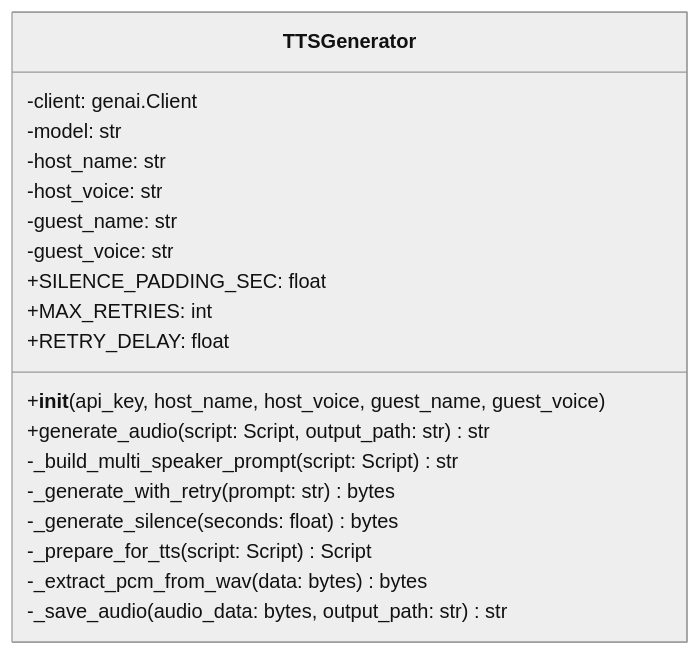
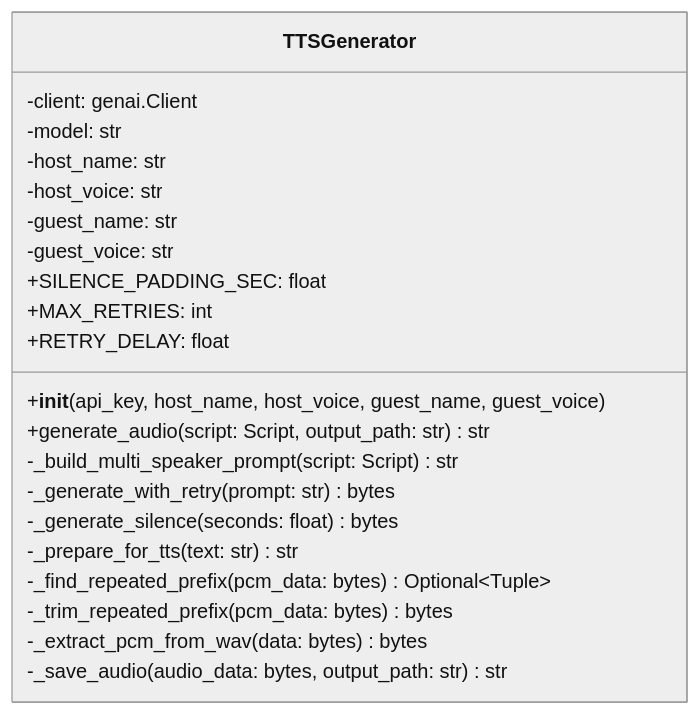
One commit to necoha/auto-podcast changed the fourth of 8 diagrams in docs/LLD.md. Above: the diagram before and after it, drawn with Mermaid (neutral theme). The commit also changed other lines of this file and 5 other files, not shown here.

Commit message:
Fix TTS pronunciation and repeated intros

````diff
--- a/docs/LLD.md
+++ b/docs/LLD.md
@@ -250,22 +250,24 @@
 ```mermaid
 classDiagram
     class TTSGenerator {
         -client: genai.Client
         -model: str
         -host_name: str
         -host_voice: str
         -guest_name: str
         -guest_voice: str
         +SILENCE_PADDING_SEC: float
         +MAX_RETRIES: int
         +RETRY_DELAY: float
         +__init__(api_key, host_name, host_voice, guest_name, guest_voice)
         +generate_audio(script: Script, output_path: str) str
         -_build_multi_speaker_prompt(script: Script) str
         -_generate_with_retry(prompt: str) bytes
         -_generate_silence(seconds: float) bytes
-        -_prepare_for_tts(script: Script) Script
+        -_prepare_for_tts(text: str) str
+        -_find_repeated_prefix(pcm_data: bytes) Optional~Tuple~
+        -_trim_repeated_prefix(pcm_data: bytes) bytes
         -_extract_pcm_from_wav(data: bytes) bytes
         -_save_audio(audio_data: bytes, output_path: str) str
     }
 ```
````
